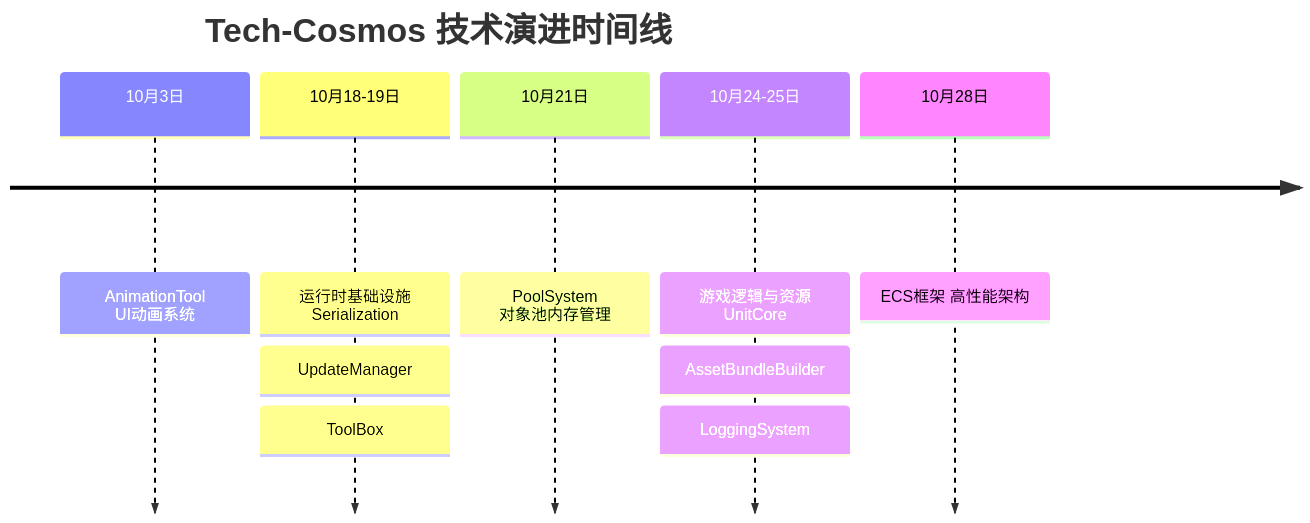
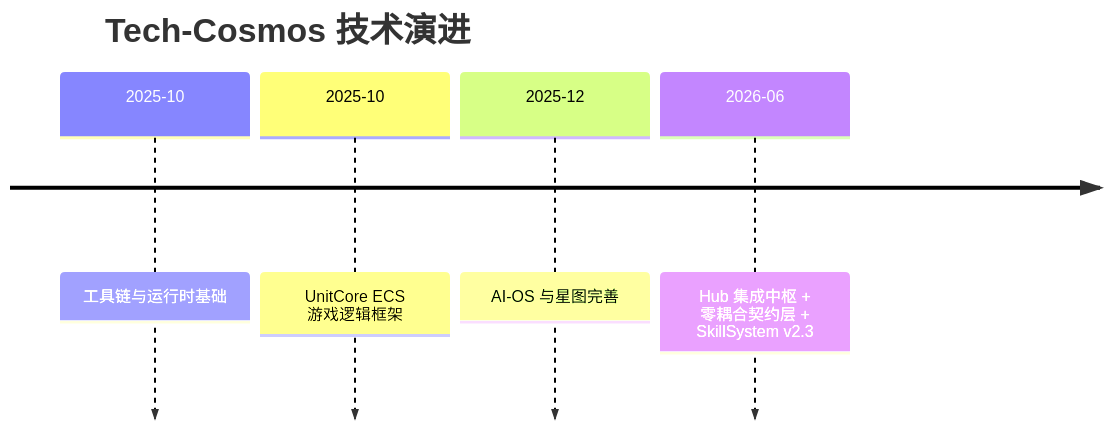
The diagram in TIMELINE.md (PeterParkers007/Tech-Cosmos), drawn with Mermaid before and after one commit. The commit also changed other lines of this file and 63 other files, not shown here.

First line of the commit message:
feat: 并入 Tech-Cosmos Hub 并全面更新生态文档

````diff
--- a/TIMELINE.md
+++ b/TIMELINE.md
@@ -97,9 +48,8 @@
 ```mermaid
 timeline
-    title Tech-Cosmos 技术演进时间线
-    10月3日 : AnimationTool UI动画系统
-    10月18-19日 : 运行时基础设施 Serialization : UpdateManager : ToolBox
-    10月21日 : PoolSystem 对象池内存管理
-    10月24-25日 : 游戏逻辑与资源 UnitCore : AssetBundleBuilder : LoggingSystem
-    10月28日 : ECS框架 高性能架构
+    title Tech-Cosmos 技术演进
+    2025-10 : 工具链与运行时基础
+    2025-10 : UnitCore ECS 游戏逻辑框架
+    2025-12 : AI-OS 与星图完善
+    2026-06 : Hub 集成中枢 + 零耦合契约层 + SkillSystem v2.3
 ```
````
